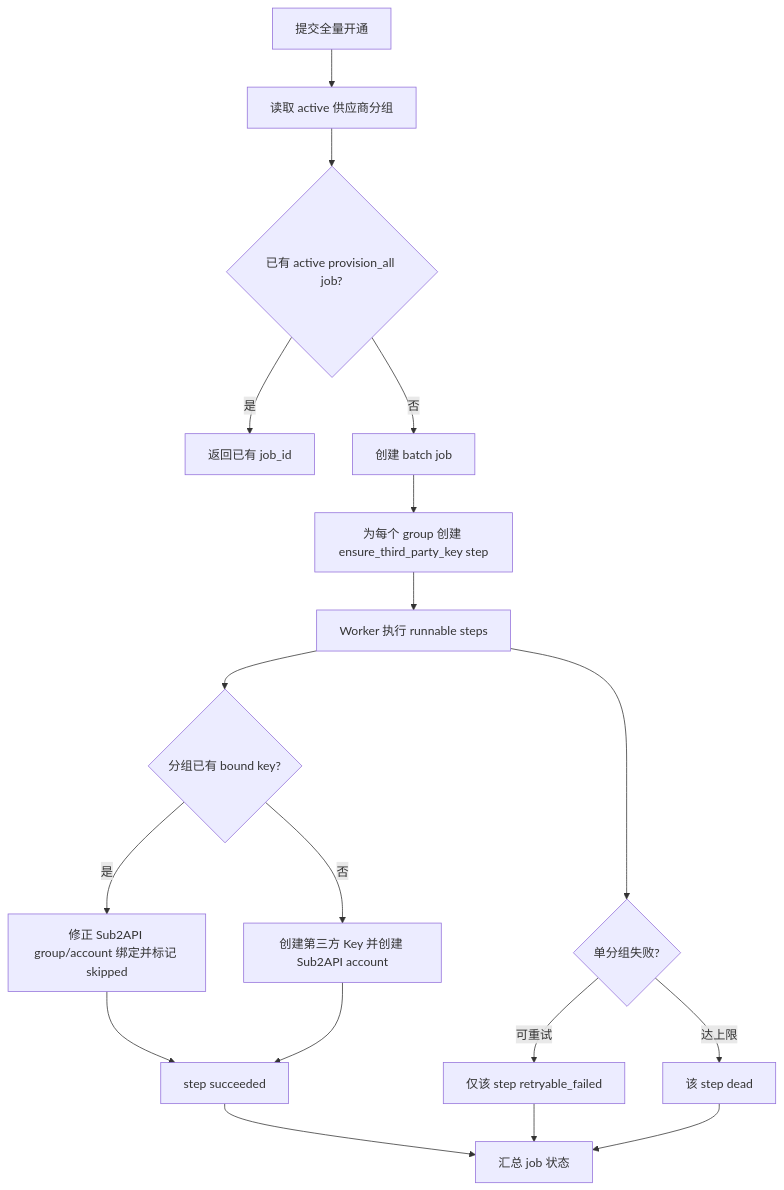
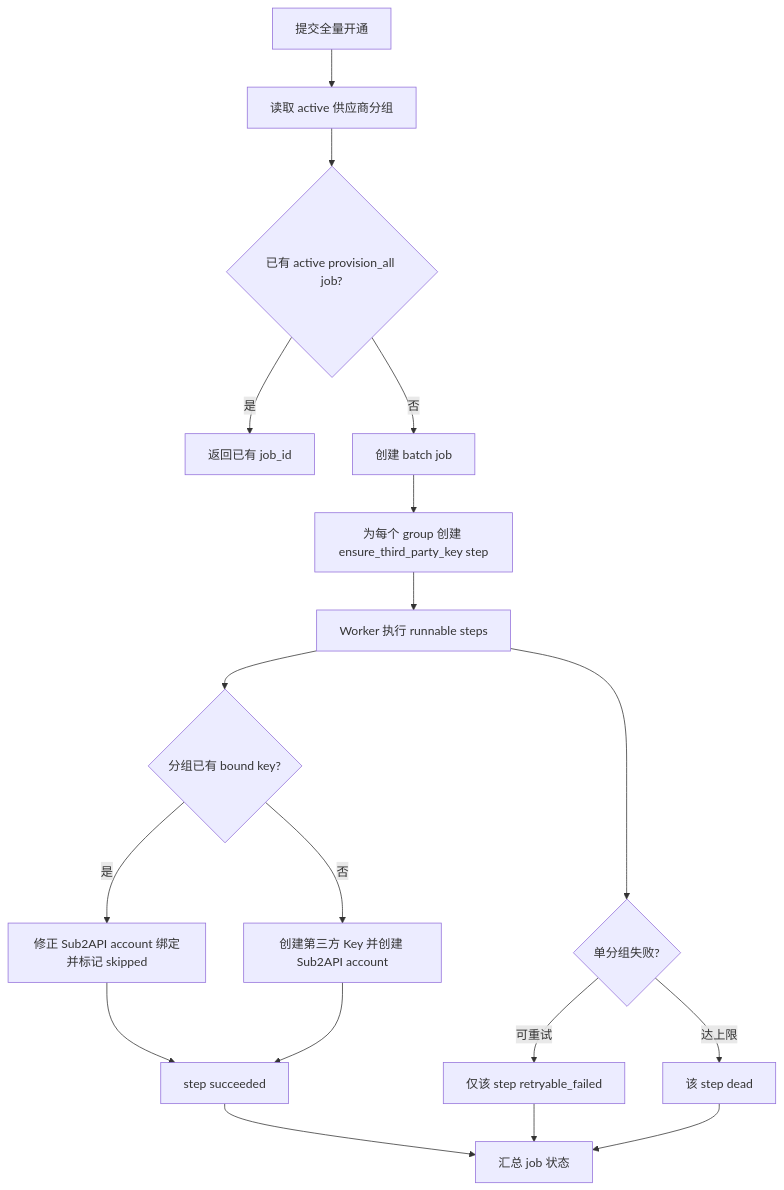
The fifth of 6 diagrams in docs/roadmap/accounts/ASYNC_PROVISIONING.md (openrelayllm/superllm), drawn with Mermaid before and after one commit. The commit also changed other lines of this file and 19 other files, not shown here.

````diff
--- a/docs/roadmap/accounts/ASYNC_PROVISIONING.md
+++ b/docs/roadmap/accounts/ASYNC_PROVISIONING.md
@@ -264,20 +264,20 @@
 ```mermaid
 flowchart TD
   A[提交全量开通] --> B[读取 active 供应商分组]
   B --> C{已有 active provision_all job?}
   C -- 是 --> D[返回已有 job_id]
   C -- 否 --> E[创建 batch job]
   E --> F[为每个 group 创建 ensure_third_party_key step]
   F --> G[Worker 执行 runnable steps]
   G --> H{分组已有 bound key?}
-  H -- 是 --> I[修正 Sub2API group/account 绑定并标记 skipped]
+  H -- 是 --> I[修正 Sub2API account 绑定并标记 skipped]
   H -- 否 --> J[创建第三方 Key 并创建 Sub2API account]
   I --> K[step succeeded]
   J --> K
   G --> L{单分组失败?}
   L -- 可重试 --> M[仅该 step retryable_failed]
   L -- 达上限 --> N[该 step dead]
   K --> O[汇总 job 状态]
   M --> O
   N --> O
 ```
````
